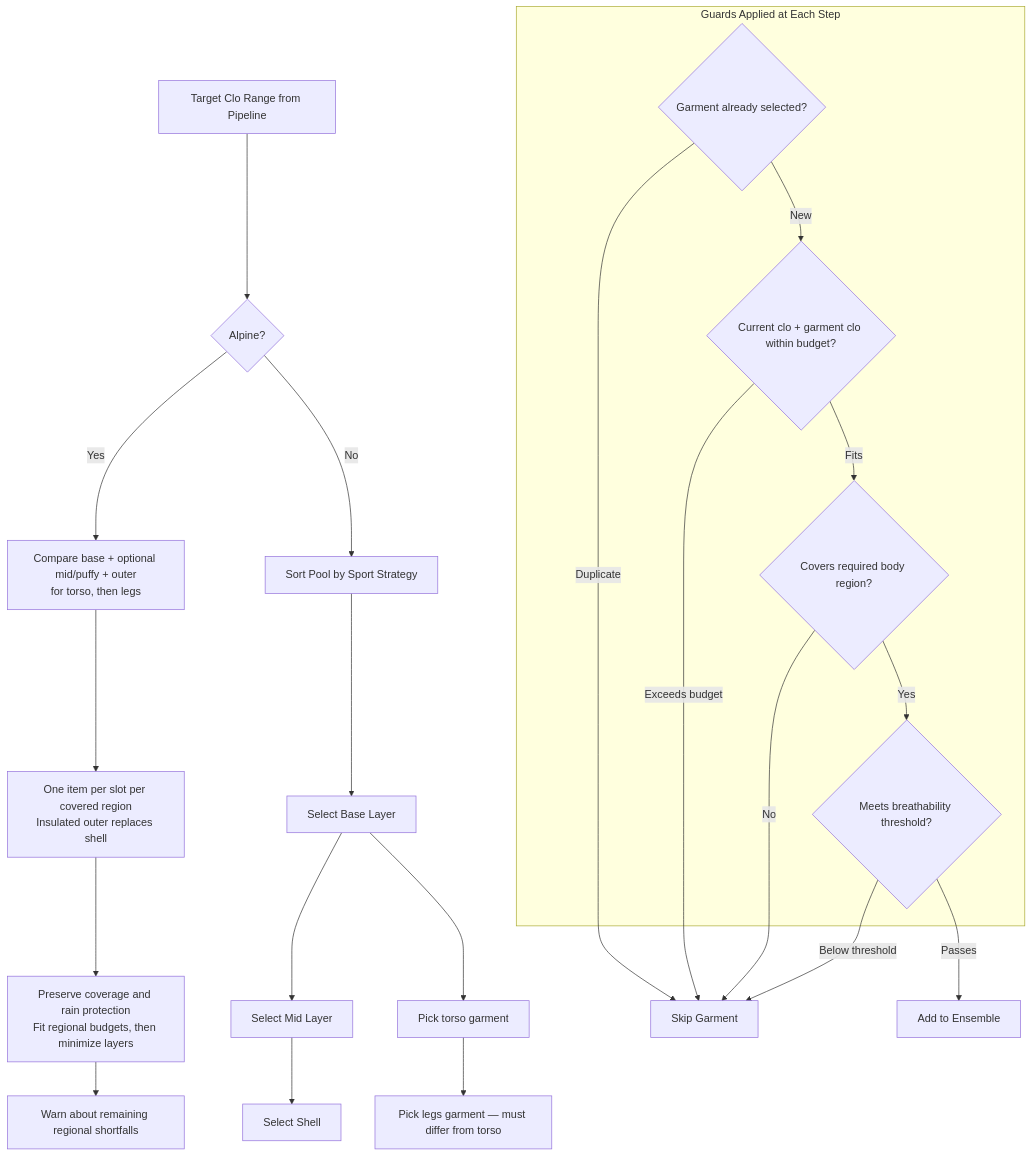
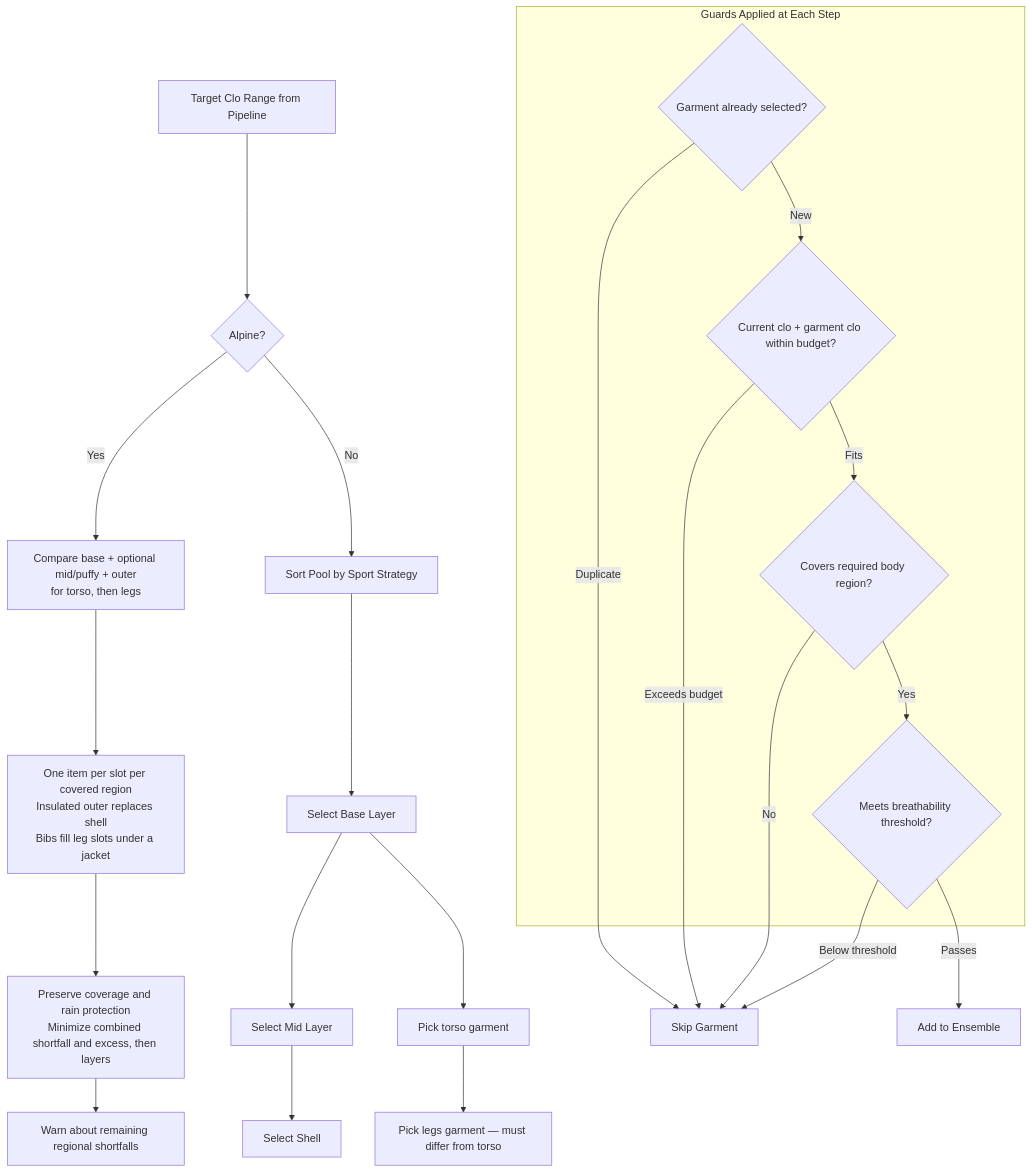
The third of 6 diagrams in README.md (derobertsw/swttr), drawn with Mermaid before and after one commit. The commit also changed other lines of this file and 8 other files, not shown here.

First line of the commit message:
Fix alpine bibs, outfit ranking, and insulated-outer scoring

````diff
--- a/README.md
+++ b/README.md
@@ -128,31 +128,31 @@
 ```mermaid
 graph TD
     START[Target Clo Range from Pipeline] --> SPORT{Alpine?}
     SPORT -->|Yes| COMB[Compare base + optional mid/puffy + outer<br/>for torso, then legs]
-    COMB --> CAP[One item per slot per covered region<br/>Insulated outer replaces shell]
-    CAP --> REG[Preserve coverage and rain protection<br/>Fit regional budgets, then minimize layers]
+    COMB --> CAP[One item per slot per covered region<br/>Insulated outer replaces shell<br/>Bibs fill leg slots under a jacket]
+    CAP --> REG[Preserve coverage and rain protection<br/>Minimize combined shortfall and excess, then layers]
     REG --> WARN[Warn about remaining regional shortfalls]
     SPORT -->|No| SORT[Sort Pool by Sport Strategy]
     SORT --> BASE[Select Base Layer]
     BASE --> MID[Select Mid Layer]
     MID --> SHELL[Select Shell]
 
     BASE --> T1[Pick torso garment]
     T1 --> L1[Pick legs garment — must differ from torso]
 
     subgraph "Guards Applied at Each Step"
         G1{Garment already selected?}
         G2{Current clo + garment clo within budget?}
         G3{Covers required body region?}
         G4{Meets breathability threshold?}
     end
 
     G1 -->|Duplicate| SKIP[Skip Garment]
     G1 -->|New| G2
     G2 -->|Exceeds budget| SKIP
     G2 -->|Fits| G3
     G3 -->|No| SKIP
     G3 -->|Yes| G4
     G4 -->|Below threshold| SKIP
     G4 -->|Passes| ADD[Add to Ensemble]
 ```
````
